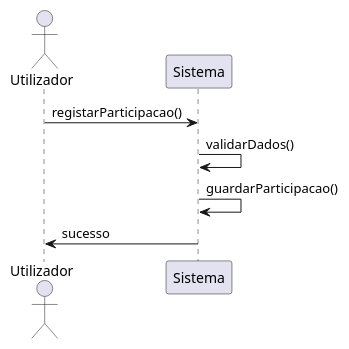
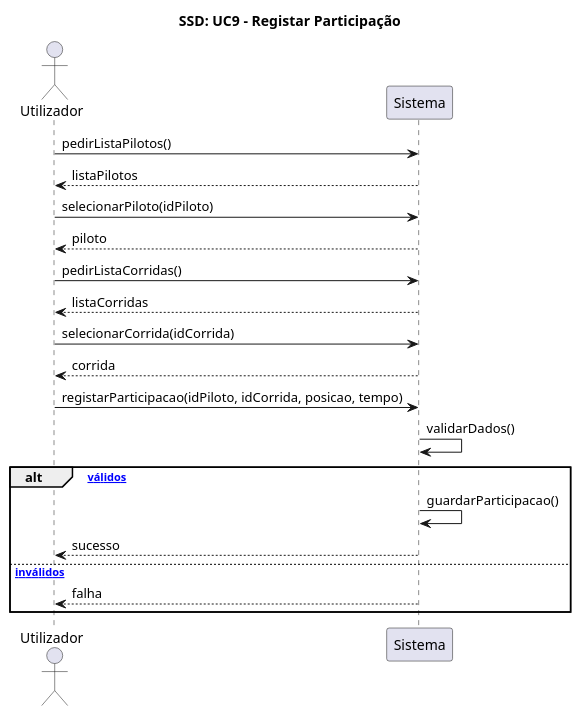
One commit to jslvt/fsoft2026_1DD_3 changed the diagram in Documentation/Iteration01/ssd_registar_participacao.puml. Above: the diagram before and after it, drawn with PlantUML. The commit also changed 12 other files, not shown here.

First line of the commit message:
Add diagrams and gitignore

```diff
--- a/Documentation/Iteration01/ssd_registar_participacao.puml
+++ b/Documentation/Iteration01/ssd_registar_participacao.puml
@@ -1,11 +1,30 @@
 @startuml
+
+title SSD: UC9 - Registar Participação
 
 actor Utilizador
 participant Sistema
 
-Utilizador -> Sistema : registarParticipacao()
-Sistema -> Sistema : validarDados()
-Sistema -> Sistema : guardarParticipacao()
-Sistema -> Utilizador : sucesso
+Utilizador -> Sistema : pedirListaPilotos()
+Sistema     --> Utilizador : listaPilotos
+
+Utilizador -> Sistema : selecionarPiloto(idPiloto)
+Sistema     --> Utilizador : piloto
+
+Utilizador -> Sistema : pedirListaCorridas()
+Sistema     --> Utilizador : listaCorridas
+
+Utilizador -> Sistema : selecionarCorrida(idCorrida)
+Sistema     --> Utilizador : corrida
+
+Utilizador -> Sistema : registarParticipacao(idPiloto, idCorrida, posicao, tempo)
+Sistema     -> Sistema  : validarDados()
+
+alt [dados válidos]
+  Sistema -> Sistema  : guardarParticipacao()
+  Sistema --> Utilizador : sucesso
+else [dados inválidos]
+  Sistema --> Utilizador : falha
+end
 
 @enduml
```
